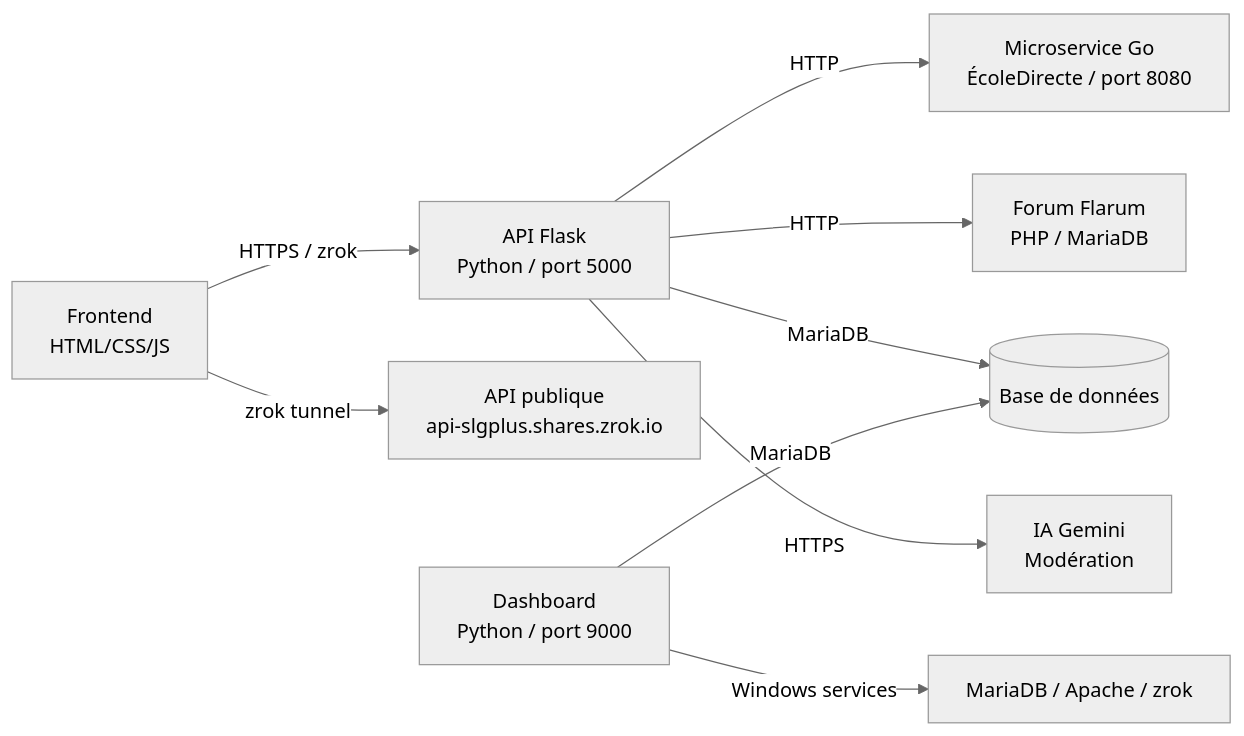
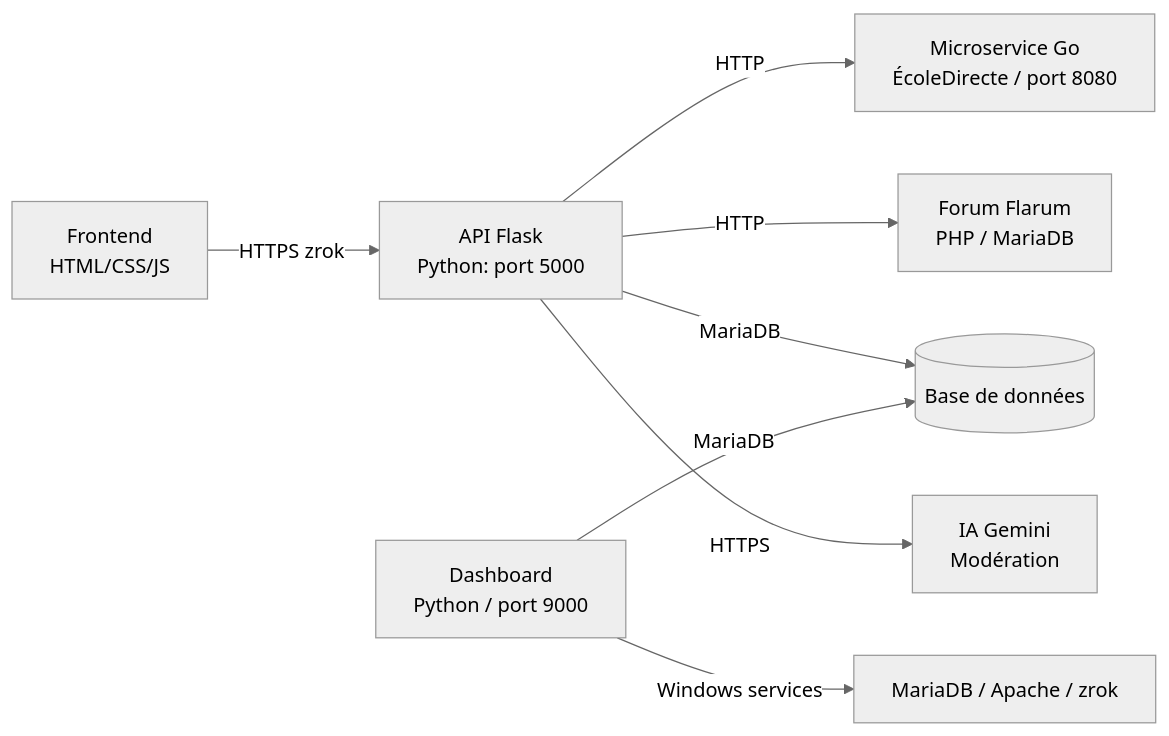
One commit to SLGPlus/docs changed the diagram in architecture.mdx. Above: the diagram before and after it, drawn with Mermaid (neutral theme). The commit also changed other lines of this file and 12 other files, not shown here.

````diff
--- a/architecture.mdx
+++ b/architecture.mdx
@@ -12,11 +12,11 @@
 ```mermaid
 graph LR
-    A[Frontend<br/>HTML/CSS/JS] -->|HTTPS / zrok| B[API Flask<br/>Python / port 5000]
+    A[Frontend<br/>HTML/CSS/JS] -->|HTTPS zrok| B[API Flask<br/>Python: port 5000]
     B -->|HTTP| C[Microservice Go<br/>ÉcoleDirecte / port 8080]
     B -->|HTTP| D[Forum Flarum<br/>PHP / MariaDB]
     B -->|MariaDB| E[(Base de données)]
     B -->|HTTPS| F[IA Gemini<br/>Modération]
-    A -->|zrok tunnel| G[API publique<br/>api-slgplus.shares.zrok.io]
+   
     H[Dashboard<br/>Python / port 9000] -->|MariaDB| E
     H -->|Windows services| I[MariaDB / Apache / zrok]
 ```
````
